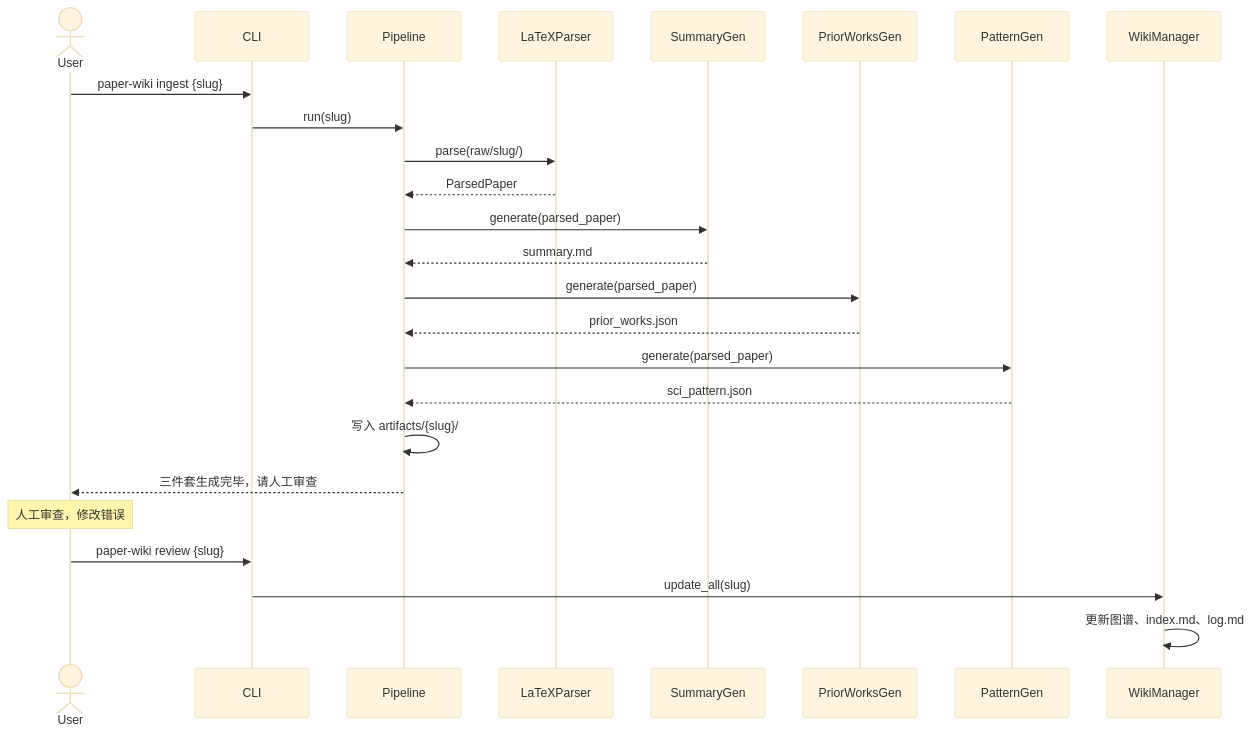
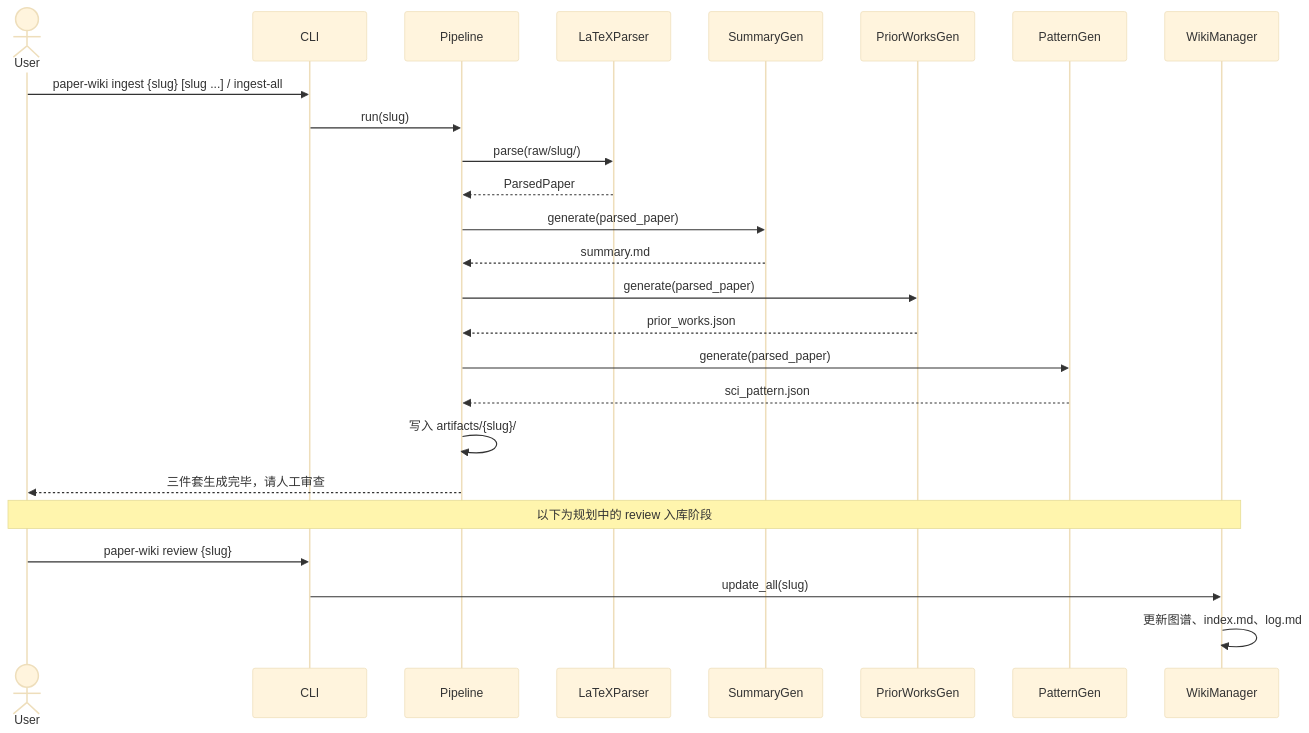
One commit to Szy5/ResearchWorkSpace changed the tenth of 15 diagrams in docs/Paper-Wiki 技术方案_v1.md. Above: the diagram before and after it, drawn with Mermaid (base theme). The commit also changed other lines of this file and 32 other files, not shown here.

Commit message:
Update project configuration and documentation: Added Neo4j and PyMuPDF dependencies, improved .gitignore, and enhanced AGENTS.md for documentation maintenance. Updated README for clarity and added new CLI commands for graph planning and ingestion of multiple papers.

````diff
--- a/docs/Paper-Wiki 技术方案_v1.md
+++ b/docs/Paper-Wiki 技术方案_v1.md
@@ -486,33 +503,33 @@
 ```mermaid
 sequenceDiagram
     actor User
     participant CLI
     participant Pipeline
     participant LaTeXParser
     participant SummaryGen
     participant PriorWorksGen
     participant PatternGen
     participant WikiManager
 
-    User->>CLI: paper-wiki ingest {slug}
+    User->>CLI: paper-wiki ingest {slug} [slug ...] / ingest-all
     CLI->>Pipeline: run(slug)
     Pipeline->>LaTeXParser: parse(raw/slug/)
     LaTeXParser-->>Pipeline: ParsedPaper
 
     Pipeline->>SummaryGen: generate(parsed_paper)
     SummaryGen-->>Pipeline: summary.md
 
     Pipeline->>PriorWorksGen: generate(parsed_paper)
     PriorWorksGen-->>Pipeline: prior_works.json
 
     Pipeline->>PatternGen: generate(parsed_paper)
     PatternGen-->>Pipeline: sci_pattern.json
 
     Pipeline->>Pipeline: 写入 artifacts/{slug}/
     Pipeline-->>User: 三件套生成完毕，请人工审查
 
-    Note over User: 人工审查，修改错误
+    Note over User,WikiManager: 以下为规划中的 review 入库阶段
     User->>CLI: paper-wiki review {slug}
     CLI->>WikiManager: update_all(slug)
     WikiManager->>WikiManager: 更新图谱、index.md、log.md
 ```
````
